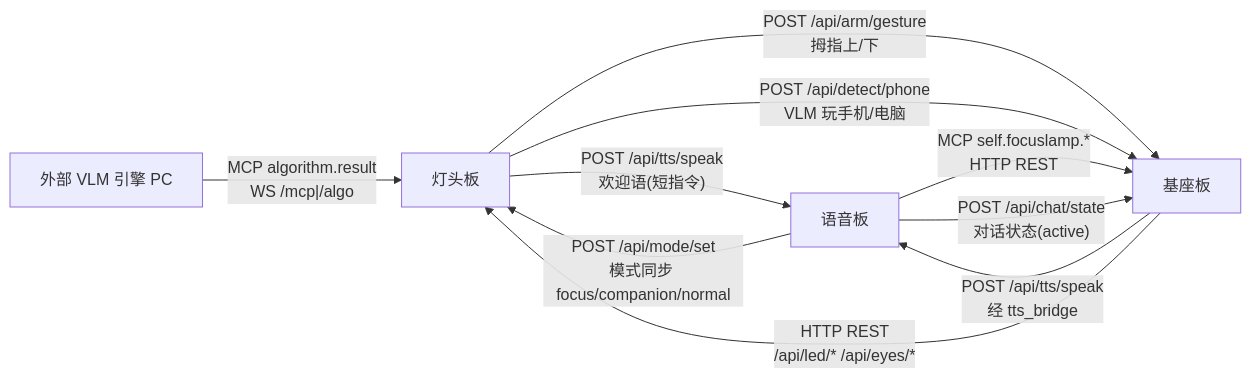
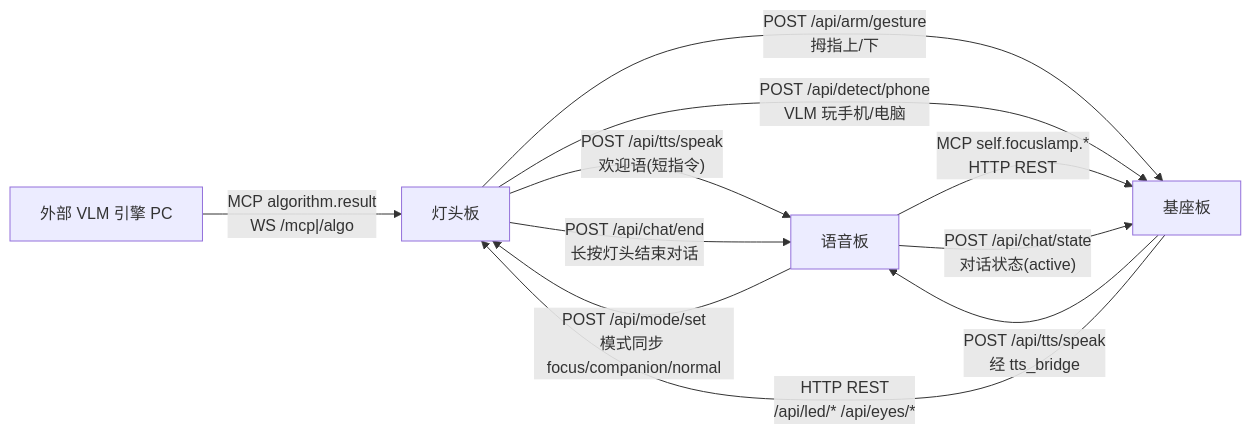
One commit to FocusGroup8/FocusLamp_DEMO2 changed the first of 7 diagrams in plan/09-三板联动Demo接口契约.md. Above: the diagram before and after it, drawn with Mermaid. The commit also changed other lines of this file and 5 other files, not shown here.

Commit message:
feat: 长按灯头3s关灯并结束语音对话（/api/chat/end端点）

````diff
--- a/plan/09-三板联动Demo接口契约.md
+++ b/plan/09-三板联动Demo接口契约.md
@@ -26,12 +26,13 @@
 ```mermaid
 flowchart LR
     VLM[外部 VLM 引擎 PC] -- MCP algorithm.result<br/>WS /mcp|/algo --> HEAD[灯头板]
     HEAD -- POST /api/tts/speak<br/>欢迎语(短指令) --> TTS[语音板]
+    HEAD -- POST /api/chat/end<br/>长按灯头结束对话 --> TTS
     HEAD -- POST /api/arm/gesture<br/>拇指上/下 --> BASE[基座板]
     HEAD -- POST /api/detect/phone<br/>VLM 玩手机/电脑 --> BASE
     TTS -- MCP self.focuslamp.*<br/>HTTP REST --> BASE
     TTS -- POST /api/mode/set<br/>模式同步 focus/companion/normal --> HEAD
     TTS -- POST /api/chat/state<br/>对话状态(active) --> BASE
     BASE -- POST /api/tts/speak<br/>经 tts_bridge --> TTS
     BASE -- HTTP REST<br/>/api/led/* /api/eyes/* --> HEAD
 ```
````
